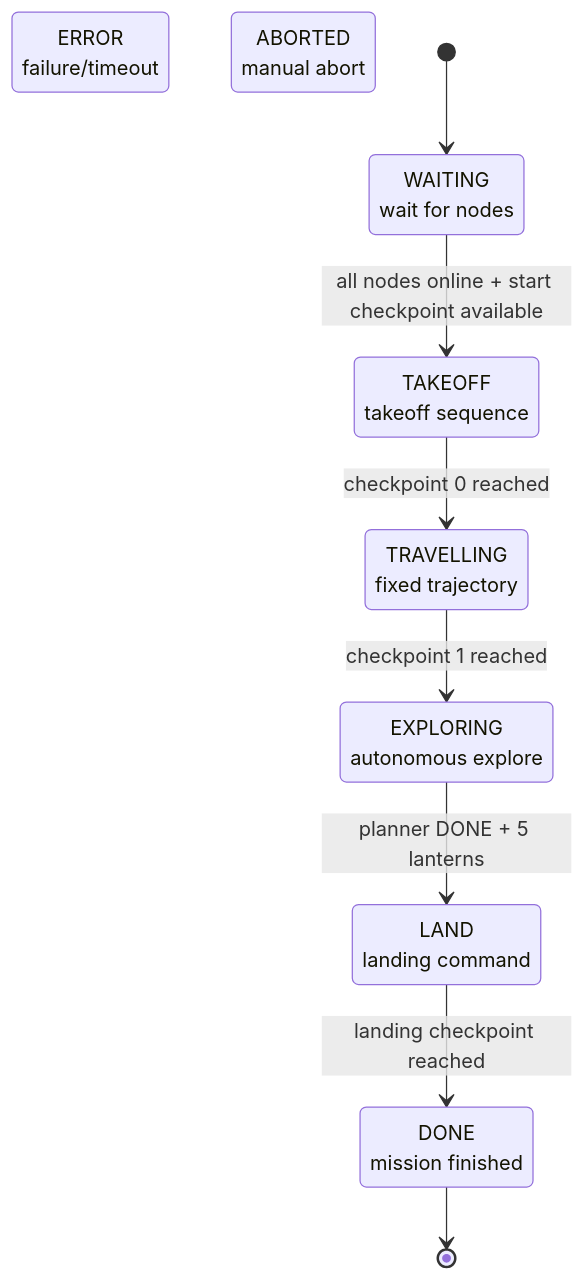
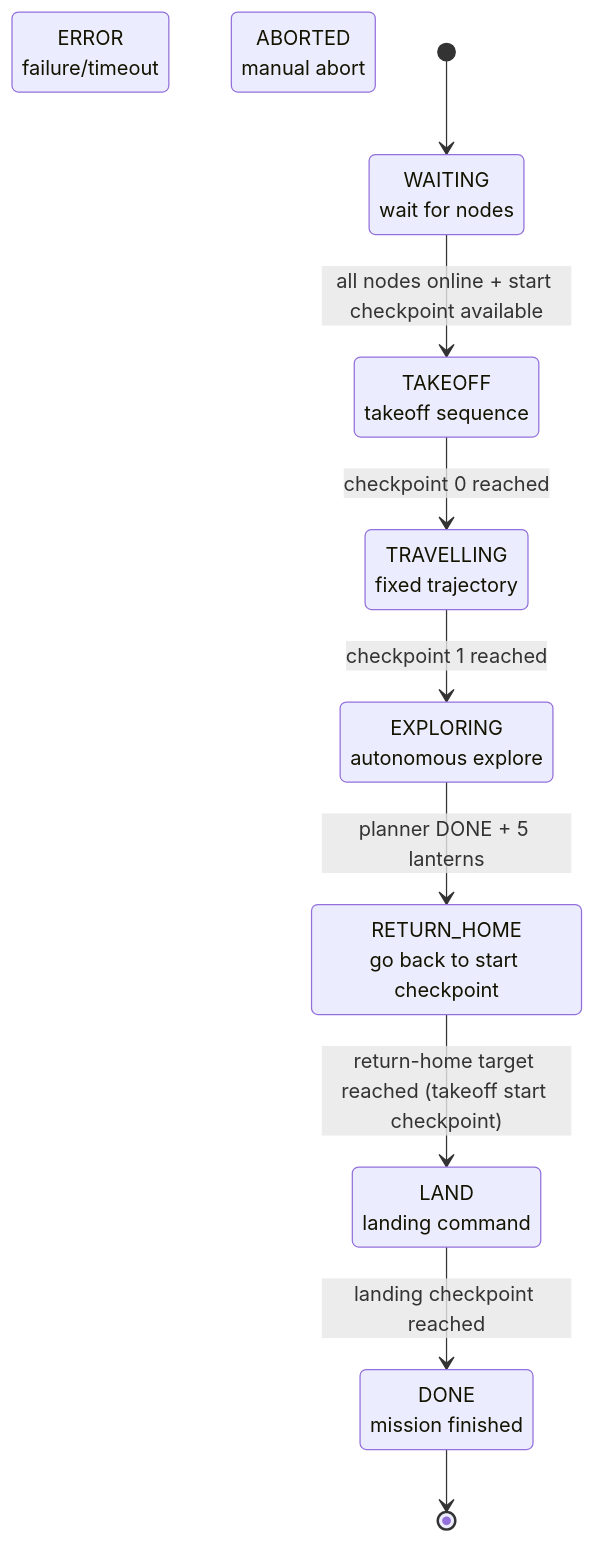
Before and after one commit to lkitzbichler/Autonomous-Systems-Sub-Terrain-Challenge-GR04: the fourth of 4 diagrams in README.md, drawn with Mermaid. The commit also changed other lines of this file and 10 other files, not shown here.

Commit message:
fixed some stuff and added statemachine logic for return home

````diff
--- a/README.md
+++ b/README.md
@@ -410,21 +410,23 @@
 ```mermaid
 stateDiagram-v2
   state "WAITING<br>wait for nodes" as WAITING
   state "TAKEOFF<br>takeoff sequence" as TAKEOFF
   state "TRAVELLING<br>fixed trajectory" as TRAVELLING
   state "EXPLORING<br>autonomous explore" as EXPLORING
+  state "RETURN_HOME<br>go back to start checkpoint" as RETURN_HOME
   state "LAND<br>landing command" as LAND
   state "DONE<br>mission finished" as DONE
   state "ERROR<br>failure/timeout" as ERROR
   state "ABORTED<br>manual abort" as ABORTED
 
   [*] --> WAITING
   WAITING --> TAKEOFF: all nodes online + start checkpoint available
   TAKEOFF --> TRAVELLING: checkpoint 0 reached
   TRAVELLING --> EXPLORING: checkpoint 1 reached
-  EXPLORING --> LAND: planner DONE + 5 lanterns
+  EXPLORING --> RETURN_HOME: planner DONE + 5 lanterns
+  RETURN_HOME --> LAND: return-home target reached (takeoff start checkpoint)
   LAND --> DONE: landing checkpoint reached
 
   DONE --> [*]
 
 ```
````
